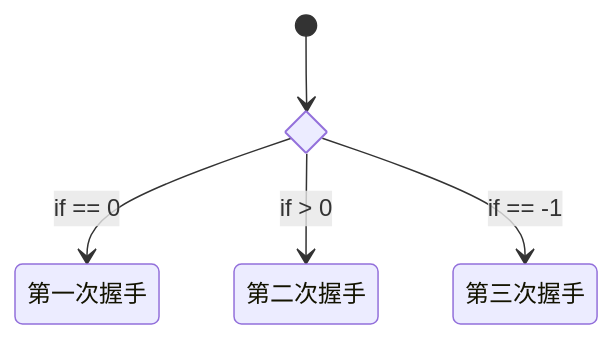
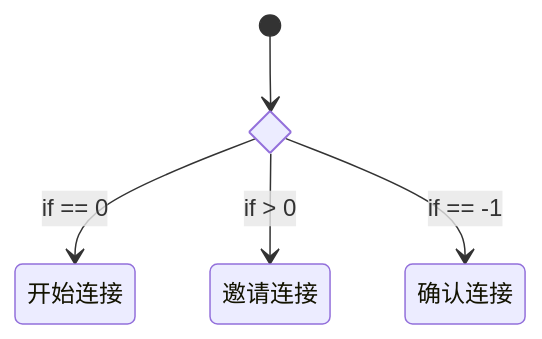
One commit to dpull/dpull.github.io changed the third of 6 diagrams in _posts/2022-11-13-utcp_handshake.md. Above: the diagram before and after it, drawn with Mermaid. The commit also changed other lines of this file and 1 other file, not shown here.

````diff
--- a/_posts/2022-11-13-utcp_handshake.md
+++ b/_posts/2022-11-13-utcp_handshake.md
@@ -45,8 +51,8 @@
 ```mermaid
 stateDiagram-v2
     state Timestamp <<choice>>
     [*] --> Timestamp
-    Timestamp --> 第一次握手: if == 0
-    Timestamp --> 第二次握手 : if > 0
-    Timestamp --> 第三次握手 : if == -1
+    Timestamp --> 开始连接: if == 0
+    Timestamp --> 邀请连接 : if > 0
+    Timestamp --> 确认连接 : if == -1
 ```
````
